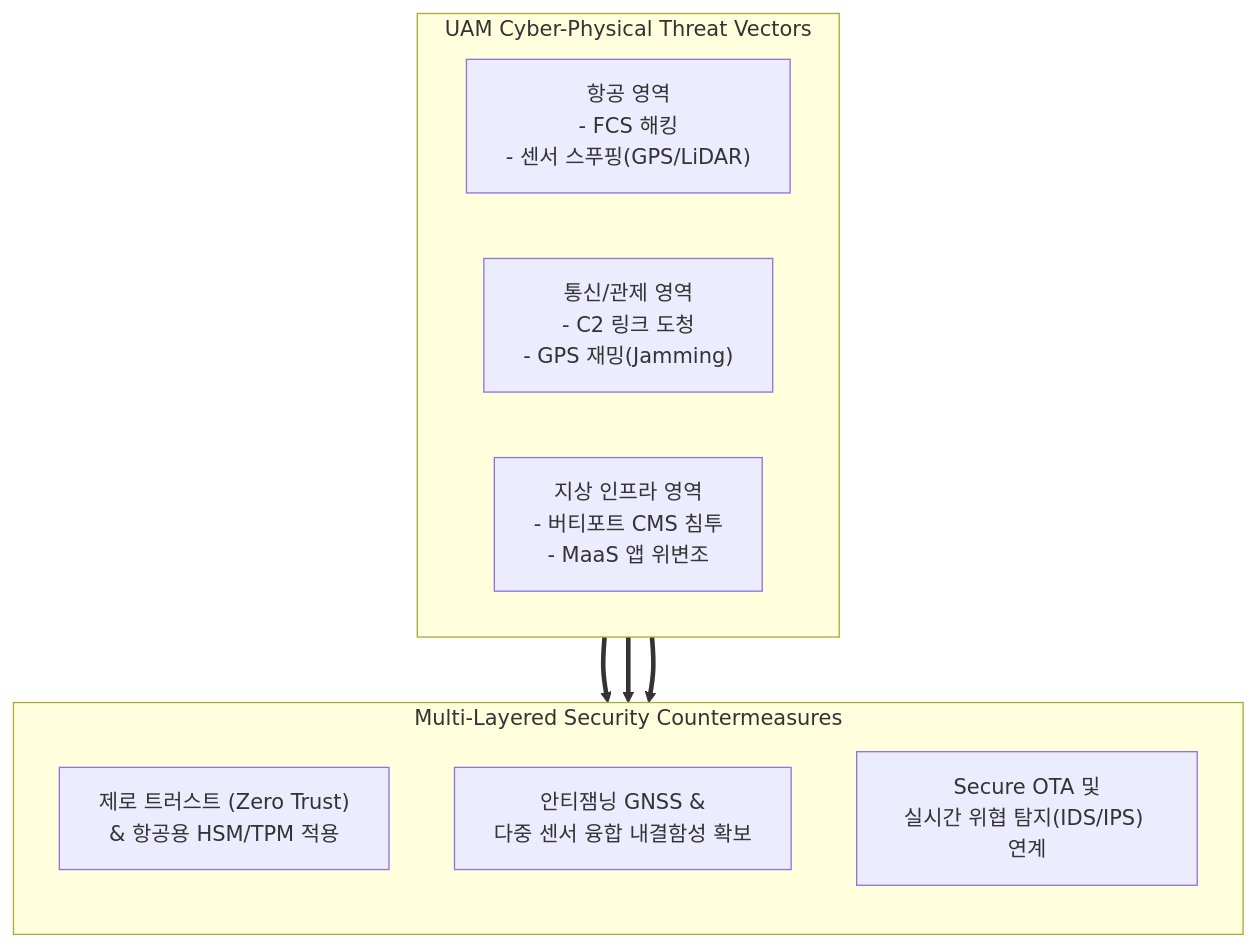
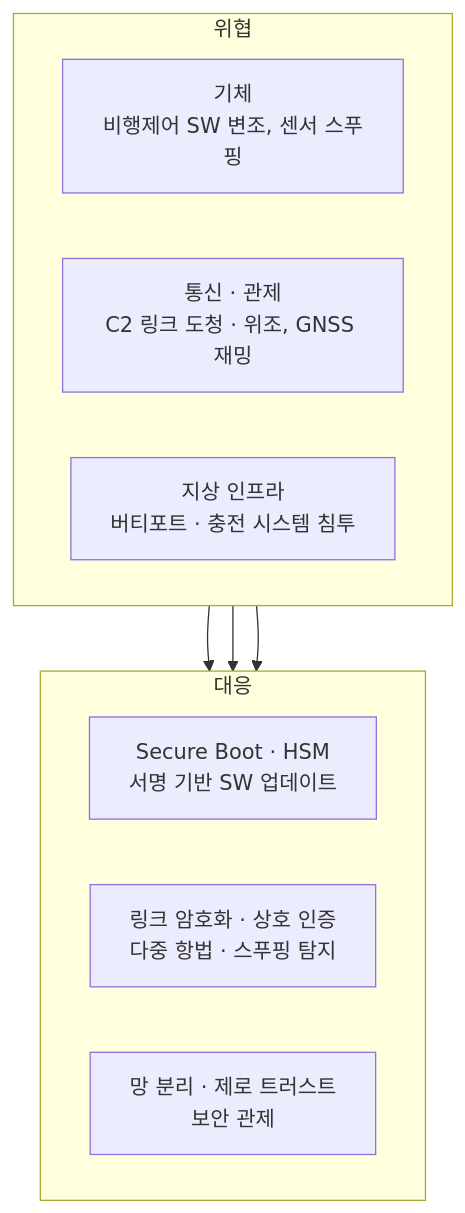
One commit to supremethumb/supremethumb.github.io changed the diagram in content/01_IT Tech/UAM 취약점 및 대응방안.md. Above: the diagram before and after it, drawn with Mermaid. The commit also changed other lines of this file and 1087 other files, not shown here.

````diff
--- a/content/01_IT Tech/UAM 취약점 및 대응방안.md
+++ b/content/01_IT Tech/UAM 취약점 및 대응방안.md
@@ -23,19 +34,18 @@
 ```mermaid
 flowchart TB
-    subgraph Threats["UAM Cyber-Physical Threat Vectors"]
+    subgraph TH["위협"]
         direction LR
-        T1["항공 영역<br/>- FCS 해킹<br/>- 센서 스푸핑(GPS/LiDAR)"] 
-        T2["통신/관제 영역<br/>- C2 링크 도청<br/>- GPS 재밍(Jamming)"]
-        T3["지상 인프라 영역<br/>- 버티포트 CMS 침투<br/>- MaaS 앱 위변조"]
+        T1["기체<br/>비행제어 SW 변조, 센서 스푸핑"]
+        T2["통신 · 관제<br/>C2 링크 도청 · 위조, GNSS 재밍"]
+        T3["지상 인프라<br/>버티포트 · 충전 시스템 침투"]
     end
-
-    subgraph Defense["Multi-Layered Security Countermeasures"]
-        direction TB
-        D1["제로 트러스트 (Zero Trust)<br/>& 항공용 HSM/TPM 적용"]
-        D2["안티잼닝 GNSS &<br/>다중 센서 융합 내결함성 확보"]
-        D3["Secure OTA 및<br/>실시간 위협 탐지(IDS/IPS) 연계"]
+    subgraph DF["대응"]
+        direction LR
+        D1["Secure Boot · HSM<br/>서명 기반 SW 업데이트"]
+        D2["링크 암호화 · 상호 인증<br/>다중 항법 · 스푸핑 탐지"]
+        D3["망 분리 · 제로 트러스트<br/>보안 관제"]
     end
-
-    T1 & T2 & T3 ==> Defense
-
+    T1 --> D1
+    T2 --> D2
+    T3 --> D3
 ```
````
